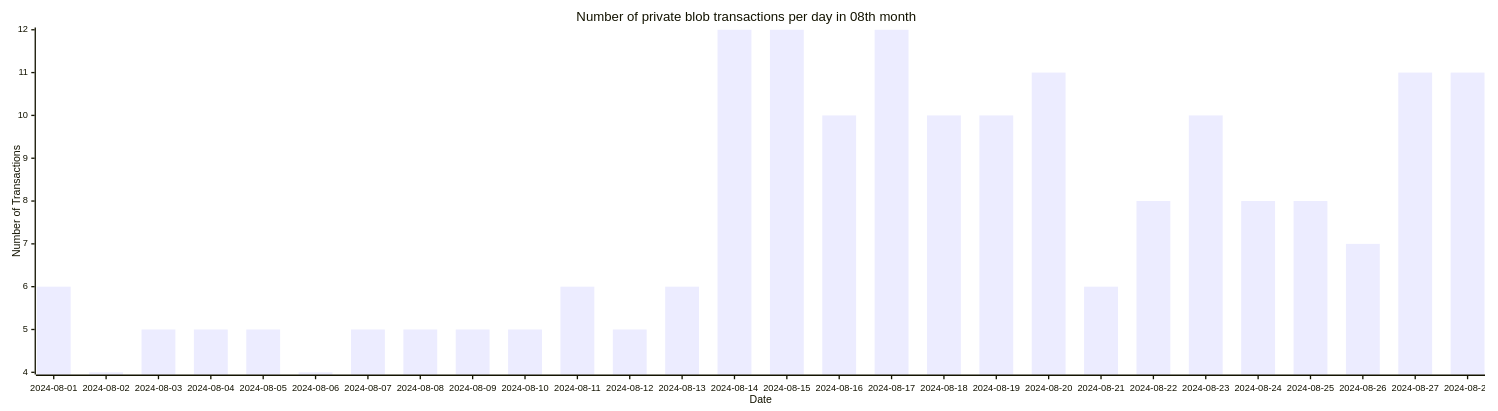
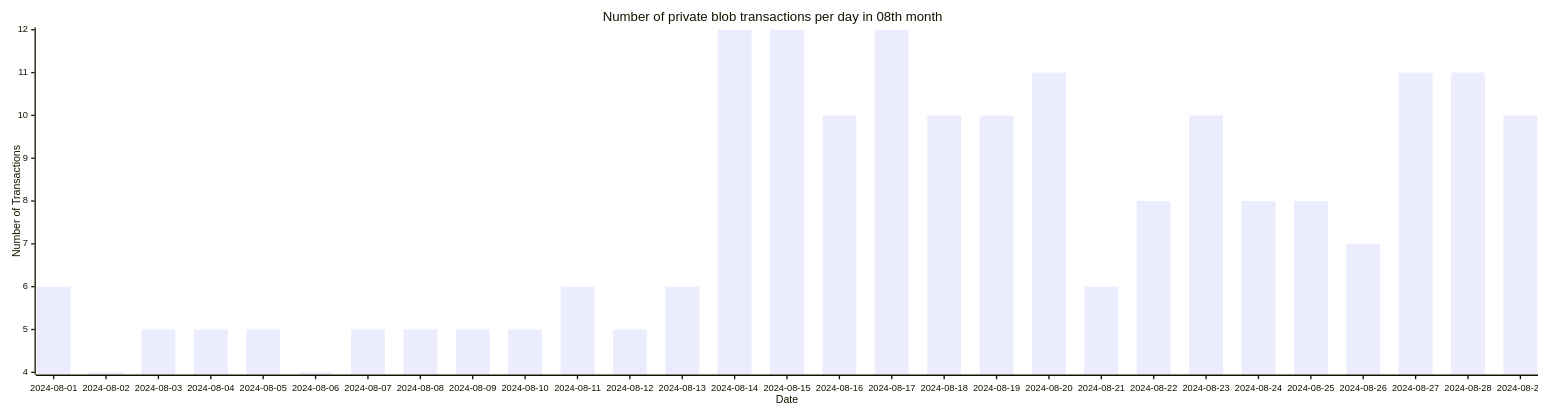
Before and after one commit to Amit0617/eip4844-data: the sixth of 6 diagrams in README.md, drawn with Mermaid. The commit also changed 1 other file, not shown here.

````diff
--- a/README.md
+++ b/README.md
@@ -66,12 +66,12 @@
 ```mermaid
 ---
 config:
     xyChart:
-        width: 2240
+        width: 2320
         height: 600
 ---
 xychart-beta title "Number of private blob transactions per day in 08th month"
-x-axis "Date" [2024-08-01,2024-08-02,2024-08-03,2024-08-04,2024-08-05,2024-08-06,2024-08-07,2024-08-08,2024-08-09,2024-08-10,2024-08-11,2024-08-12,2024-08-13,2024-08-14,2024-08-15,2024-08-16,2024-08-17,2024-08-18,2024-08-19,2024-08-20,2024-08-21,2024-08-22,2024-08-23,2024-08-24,2024-08-25,2024-08-26,2024-08-27,2024-08-28]
+x-axis "Date" [2024-08-01,2024-08-02,2024-08-03,2024-08-04,2024-08-05,2024-08-06,2024-08-07,2024-08-08,2024-08-09,2024-08-10,2024-08-11,2024-08-12,2024-08-13,2024-08-14,2024-08-15,2024-08-16,2024-08-17,2024-08-18,2024-08-19,2024-08-20,2024-08-21,2024-08-22,2024-08-23,2024-08-24,2024-08-25,2024-08-26,2024-08-27,2024-08-28,2024-08-29]
 y-axis "Number of Transactions"
-bar[6,4,5,5,5,4,5,5,5,5,6,5,6,12,12,10,12,10,10,11,6,8,10,8,8,7,11,11]
+bar[6,4,5,5,5,4,5,5,5,5,6,5,6,12,12,10,12,10,10,11,6,8,10,8,8,7,11,11,10]
 ```
````
